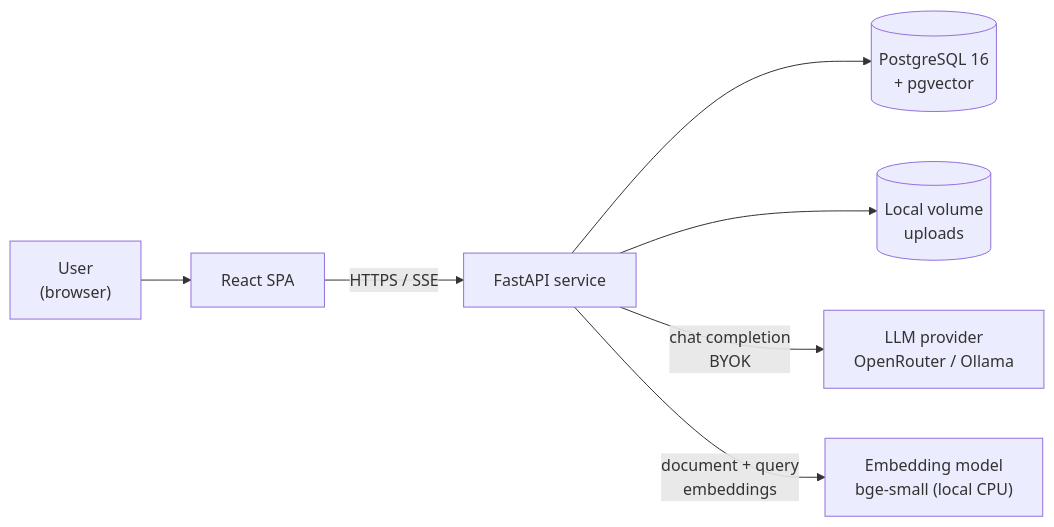
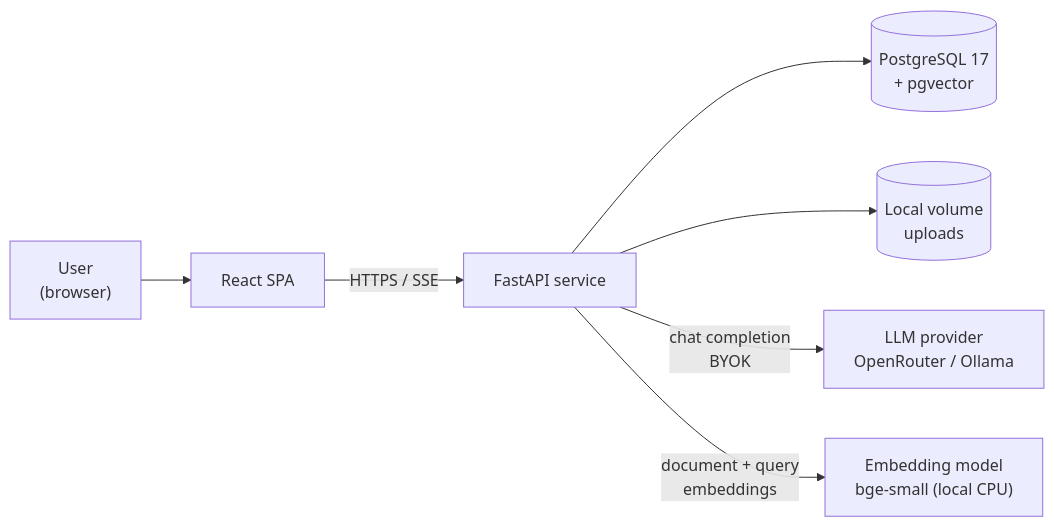
One commit to Hrishikesh2512/RAGnarock changed the first of 4 diagrams in docs/architecture.md. Above: the diagram before and after it, drawn with Mermaid. The commit also changed other lines of this file and 3 other files, not shown here.

````diff
--- a/docs/architecture.md
+++ b/docs/architecture.md
@@ -93,17 +93,17 @@
 ```mermaid
 flowchart LR
     user["User<br/>(browser)"]
     ui["React SPA"]
     api["FastAPI service"]
-    db[("PostgreSQL 16<br/>+ pgvector")]
+    db[("PostgreSQL 17<br/>+ pgvector")]
     fs[("Local volume<br/>uploads")]
     llm["LLM provider<br/>OpenRouter / Ollama"]
     emb["Embedding model<br/>bge-small (local CPU)"]
 
     user --> ui
     ui -->|"HTTPS / SSE"| api
     api --> db
     api --> fs
     api -->|"chat completion<br/>BYOK"| llm
     api -->|"document + query<br/>embeddings"| emb
 ```
````
